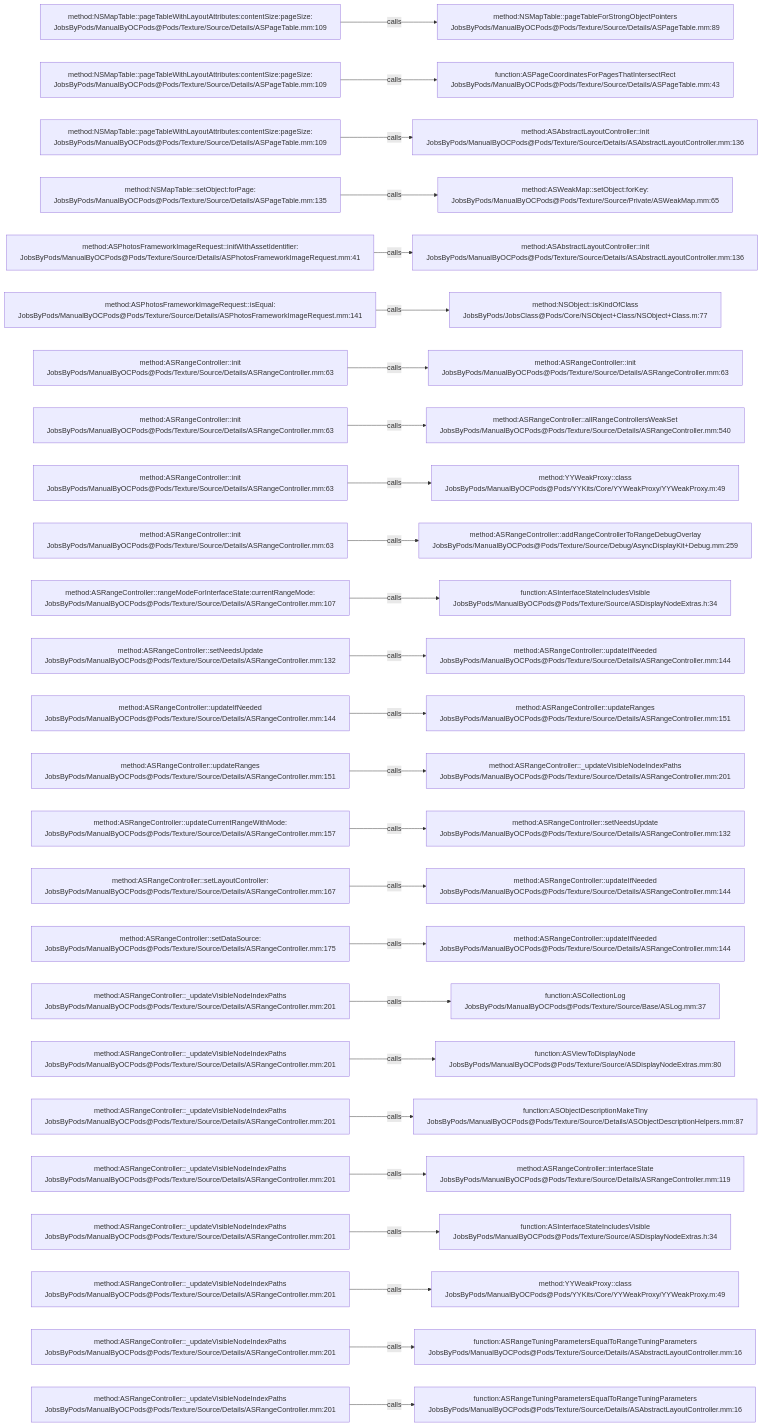
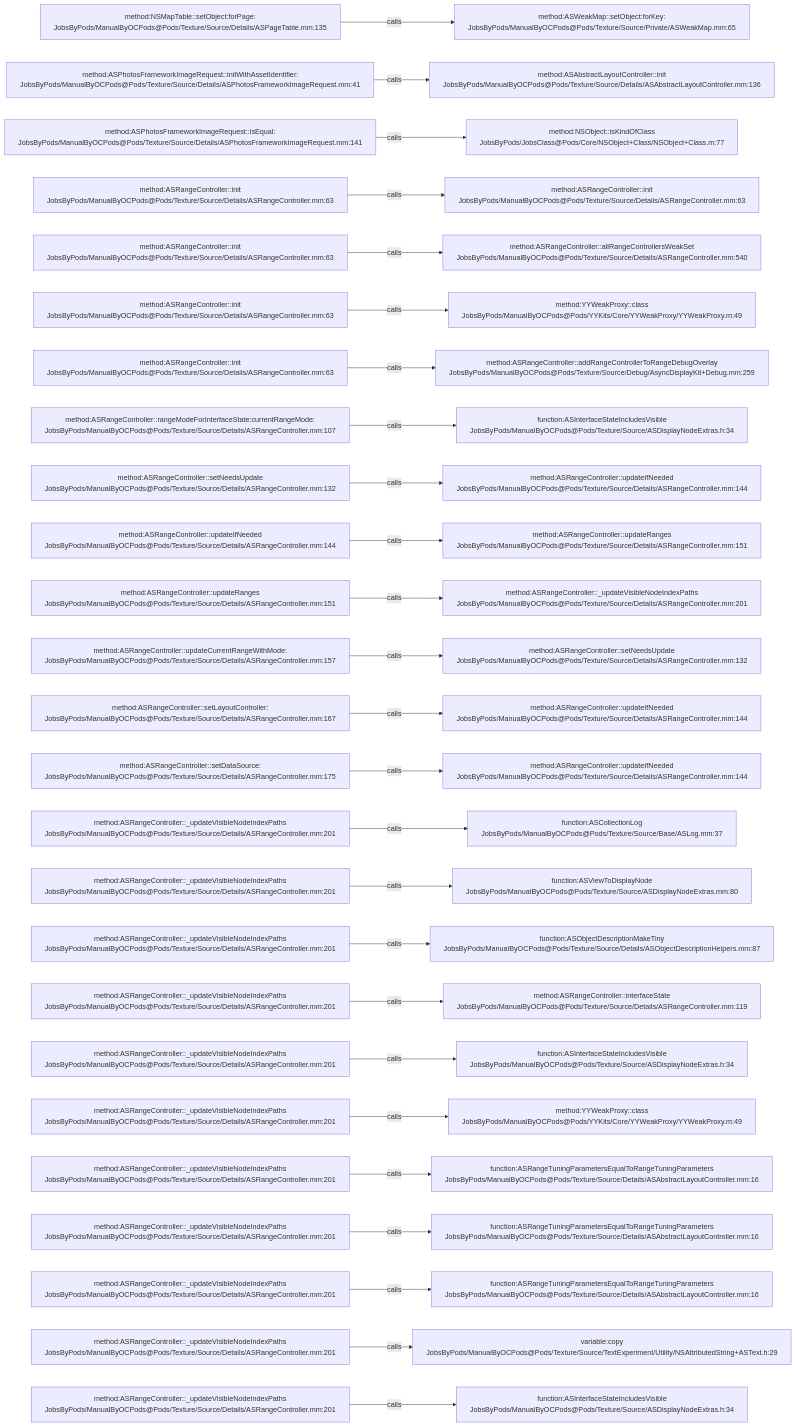
One commit to JobsKits/JobsOCBaseConfigDemo changed the diagram in .codegraph/codegraph.md/graphs/calls-165.md. Above: the diagram before and after it, drawn with Mermaid. The commit also changed 342 other files, not shown here.

````diff
--- a/.codegraph/codegraph.md/graphs/calls-165.md
+++ b/.codegraph/codegraph.md/graphs/calls-165.md
@@ -13,78 +13,78 @@
 ```mermaid
 flowchart LR
-  S1["method:NSMapTable::pageTableWithLayoutAttributes:contentSize:pageSize:<br/>JobsByPods/ManualByOCPods@Pods/Texture/Source/Details/ASPageTable.mm:109"]
-  T1["method:NSMapTable::pageTableForStrongObjectPointers<br/>JobsByPods/ManualByOCPods@Pods/Texture/Source/Details/ASPageTable.mm:89"]
+  S1["method:NSMapTable::setObject:forPage:<br/>JobsByPods/ManualByOCPods@Pods/Texture/Source/Details/ASPageTable.mm:135"]
+  T1["method:ASWeakMap::setObject:forKey:<br/>JobsByPods/ManualByOCPods@Pods/Texture/Source/Private/ASWeakMap.mm:65"]
   S1 -->|calls| T1
-  S2["method:NSMapTable::pageTableWithLayoutAttributes:contentSize:pageSize:<br/>JobsByPods/ManualByOCPods@Pods/Texture/Source/Details/ASPageTable.mm:109"]
-  T2["function:ASPageCoordinatesForPagesThatIntersectRect<br/>JobsByPods/ManualByOCPods@Pods/Texture/Source/Details/ASPageTable.mm:43"]
+  S2["method:ASPhotosFrameworkImageRequest::initWithAssetIdentifier:<br/>JobsByPods/ManualByOCPods@Pods/Texture/Source/Details/ASPhotosFrameworkImageRequest.mm:41"]
+  T2["method:ASAbstractLayoutController::init<br/>JobsByPods/ManualByOCPods@Pods/Texture/Source/Details/ASAbstractLayoutController.mm:136"]
   S2 -->|calls| T2
-  S3["method:NSMapTable::pageTableWithLayoutAttributes:contentSize:pageSize:<br/>JobsByPods/ManualByOCPods@Pods/Texture/Source/Details/ASPageTable.mm:109"]
-  T3["method:ASAbstractLayoutController::init<br/>JobsByPods/ManualByOCPods@Pods/Texture/Source/Details/ASAbstractLayoutController.mm:136"]
+  S3["method:ASPhotosFrameworkImageRequest::isEqual:<br/>JobsByPods/ManualByOCPods@Pods/Texture/Source/Details/ASPhotosFrameworkImageRequest.mm:141"]
+  T3["method:NSObject::isKindOfClass<br/>JobsByPods/JobsClass@Pods/Core/NSObject+Class/NSObject+Class.m:77"]
   S3 -->|calls| T3
-  S4["method:NSMapTable::setObject:forPage:<br/>JobsByPods/ManualByOCPods@Pods/Texture/Source/Details/ASPageTable.mm:135"]
-  T4["method:ASWeakMap::setObject:forKey:<br/>JobsByPods/ManualByOCPods@Pods/Texture/Source/Private/ASWeakMap.mm:65"]
+  S4["method:ASRangeController::init<br/>JobsByPods/ManualByOCPods@Pods/Texture/Source/Details/ASRangeController.mm:63"]
+  T4["method:ASRangeController::init<br/>JobsByPods/ManualByOCPods@Pods/Texture/Source/Details/ASRangeController.mm:63"]
   S4 -->|calls| T4
-  S5["method:ASPhotosFrameworkImageRequest::initWithAssetIdentifier:<br/>JobsByPods/ManualByOCPods@Pods/Texture/Source/Details/ASPhotosFrameworkImageRequest.mm:41"]
-  T5["method:ASAbstractLayoutController::init<br/>JobsByPods/ManualByOCPods@Pods/Texture/Source/Details/ASAbstractLayoutController.mm:136"]
+  S5["method:ASRangeController::init<br/>JobsByPods/ManualByOCPods@Pods/Texture/Source/Details/ASRangeController.mm:63"]
+  T5["method:ASRangeController::allRangeControllersWeakSet<br/>JobsByPods/ManualByOCPods@Pods/Texture/Source/Details/ASRangeController.mm:540"]
   S5 -->|calls| T5
-  S6["method:ASPhotosFrameworkImageRequest::isEqual:<br/>JobsByPods/ManualByOCPods@Pods/Texture/Source/Details/ASPhotosFrameworkImageRequest.mm:141"]
-  T6["method:NSObject::isKindOfClass<br/>JobsByPods/JobsClass@Pods/Core/NSObject+Class/NSObject+Class.m:77"]
+  S6["method:ASRangeController::init<br/>JobsByPods/ManualByOCPods@Pods/Texture/Source/Details/ASRangeController.mm:63"]
+  T6["method:YYWeakProxy::class<br/>JobsByPods/ManualByOCPods@Pods/YYKits/Core/YYWeakProxy/YYWeakProxy.m:49"]
   S6 -->|calls| T6
   S7["method:ASRangeController::init<br/>JobsByPods/ManualByOCPods@Pods/Texture/Source/Details/ASRangeController.mm:63"]
-  T7["method:ASRangeController::init<br/>JobsByPods/ManualByOCPods@Pods/Texture/Source/Details/ASRangeController.mm:63"]
+  T7["method:ASRangeController::addRangeControllerToRangeDebugOverlay<br/>JobsByPods/ManualByOCPods@Pods/Texture/Source/Debug/AsyncDisplayKit+Debug.mm:259"]
   S7 -->|calls| T7
-  S8["method:ASRangeController::init<br/>JobsByPods/ManualByOCPods@Pods/Texture/Source/Details/ASRangeController.mm:63"]
-  T8["method:ASRangeController::allRangeControllersWeakSet<br/>JobsByPods/ManualByOCPods@Pods/Texture/Source/Details/ASRangeController.mm:540"]
+  S8["method:ASRangeController::rangeModeForInterfaceState:currentRangeMode:<br/>JobsByPods/ManualByOCPods@Pods/Texture/Source/Details/ASRangeController.mm:107"]
+  T8["function:ASInterfaceStateIncludesVisible<br/>JobsByPods/ManualByOCPods@Pods/Texture/Source/ASDisplayNodeExtras.h:34"]
   S8 -->|calls| T8
-  S9["method:ASRangeController::init<br/>JobsByPods/ManualByOCPods@Pods/Texture/Source/Details/ASRangeController.mm:63"]
-  T9["method:YYWeakProxy::class<br/>JobsByPods/ManualByOCPods@Pods/YYKits/Core/YYWeakProxy/YYWeakProxy.m:49"]
+  S9["method:ASRangeController::setNeedsUpdate<br/>JobsByPods/ManualByOCPods@Pods/Texture/Source/Details/ASRangeController.mm:132"]
+  T9["method:ASRangeController::updateIfNeeded<br/>JobsByPods/ManualByOCPods@Pods/Texture/Source/Details/ASRangeController.mm:144"]
   S9 -->|calls| T9
-  S10["method:ASRangeController::init<br/>JobsByPods/ManualByOCPods@Pods/Texture/Source/Details/ASRangeController.mm:63"]
-  T10["method:ASRangeController::addRangeControllerToRangeDebugOverlay<br/>JobsByPods/ManualByOCPods@Pods/Texture/Source/Debug/AsyncDisplayKit+Debug.mm:259"]
+  S10["method:ASRangeController::updateIfNeeded<br/>JobsByPods/ManualByOCPods@Pods/Texture/Source/Details/ASRangeController.mm:144"]
+  T10["method:ASRangeController::updateRanges<br/>JobsByPods/ManualByOCPods@Pods/Texture/Source/Details/ASRangeController.mm:151"]
   S10 -->|calls| T10
-  S11["method:ASRangeController::rangeModeForInterfaceState:currentRangeMode:<br/>JobsByPods/ManualByOCPods@Pods/Texture/Source/Details/ASRangeController.mm:107"]
-  T11["function:ASInterfaceStateIncludesVisible<br/>JobsByPods/ManualByOCPods@Pods/Texture/Source/ASDisplayNodeExtras.h:34"]
+  S11["method:ASRangeController::updateRanges<br/>JobsByPods/ManualByOCPods@Pods/Texture/Source/Details/ASRangeController.mm:151"]
+  T11["method:ASRangeController::_updateVisibleNodeIndexPaths<br/>JobsByPods/ManualByOCPods@Pods/Texture/Source/Details/ASRangeController.mm:201"]
   S11 -->|calls| T11
-  S12["method:ASRangeController::setNeedsUpdate<br/>JobsByPods/ManualByOCPods@Pods/Texture/Source/Details/ASRangeController.mm:132"]
-  T12["method:ASRangeController::updateIfNeeded<br/>JobsByPods/ManualByOCPods@Pods/Texture/Source/Details/ASRangeController.mm:144"]
+  S12["method:ASRangeController::updateCurrentRangeWithMode:<br/>JobsByPods/ManualByOCPods@Pods/Texture/Source/Details/ASRangeController.mm:157"]
+  T12["method:ASRangeController::setNeedsUpdate<br/>JobsByPods/ManualByOCPods@Pods/Texture/Source/Details/ASRangeController.mm:132"]
   S12 -->|calls| T12
-  S13["method:ASRangeController::updateIfNeeded<br/>JobsByPods/ManualByOCPods@Pods/Texture/Source/Details/ASRangeController.mm:144"]
-  T13["method:ASRangeController::updateRanges<br/>JobsByPods/ManualByOCPods@Pods/Texture/Source/Details/ASRangeController.mm:151"]
+  S13["method:ASRangeController::setLayoutController:<br/>JobsByPods/ManualByOCPods@Pods/Texture/Source/Details/ASRangeController.mm:167"]
+  T13["method:ASRangeController::updateIfNeeded<br/>JobsByPods/ManualByOCPods@Pods/Texture/Source/Details/ASRangeController.mm:144"]
   S13 -->|calls| T13
-  S14["method:ASRangeController::updateRanges<br/>JobsByPods/ManualByOCPods@Pods/Texture/Source/Details/ASRangeController.mm:151"]
-  T14["method:ASRangeController::_updateVisibleNodeIndexPaths<br/>JobsByPods/ManualByOCPods@Pods/Texture/Source/Details/ASRangeController.mm:201"]
+  S14["method:ASRangeController::setDataSource:<br/>JobsByPods/ManualByOCPods@Pods/Texture/Source/Details/ASRangeController.mm:175"]
+  T14["method:ASRangeController::updateIfNeeded<br/>JobsByPods/ManualByOCPods@Pods/Texture/Source/Details/ASRangeController.mm:144"]
   S14 -->|calls| T14
-  S15["method:ASRangeController::updateCurrentRangeWithMode:<br/>JobsByPods/ManualByOCPods@Pods/Texture/Source/Details/ASRangeController.mm:157"]
-  T15["method:ASRangeController::setNeedsUpdate<br/>JobsByPods/ManualByOCPods@Pods/Texture/Source/Details/ASRangeController.mm:132"]
+  S15["method:ASRangeController::_updateVisibleNodeIndexPaths<br/>JobsByPods/ManualByOCPods@Pods/Texture/Source/Details/ASRangeController.mm:201"]
+  T15["function:ASCollectionLog<br/>JobsByPods/ManualByOCPods@Pods/Texture/Source/Base/ASLog.mm:37"]
   S15 -->|calls| T15
-  S16["method:ASRangeController::setLayoutController:<br/>JobsByPods/ManualByOCPods@Pods/Texture/Source/Details/ASRangeController.mm:167"]
-  T16["method:ASRangeController::updateIfNeeded<br/>JobsByPods/ManualByOCPods@Pods/Texture/Source/Details/ASRangeController.mm:144"]
+  S16["method:ASRangeController::_updateVisibleNodeIndexPaths<br/>JobsByPods/ManualByOCPods@Pods/Texture/Source/Details/ASRangeController.mm:201"]
+  T16["function:ASViewToDisplayNode<br/>JobsByPods/ManualByOCPods@Pods/Texture/Source/ASDisplayNodeExtras.mm:80"]
   S16 -->|calls| T16
-  S17["method:ASRangeController::setDataSource:<br/>JobsByPods/ManualByOCPods@Pods/Texture/Source/Details/ASRangeController.mm:175"]
-  T17["method:ASRangeController::updateIfNeeded<br/>JobsByPods/ManualByOCPods@Pods/Texture/Source/Details/ASRangeController.mm:144"]
+  S17["method:ASRangeController::_updateVisibleNodeIndexPaths<br/>JobsByPods/ManualByOCPods@Pods/Texture/Source/Details/ASRangeController.mm:201"]
+  T17["function:ASObjectDescriptionMakeTiny<br/>JobsByPods/ManualByOCPods@Pods/Texture/Source/Details/ASObjectDescriptionHelpers.mm:87"]
   S17 -->|calls| T17
   S18["method:ASRangeController::_updateVisibleNodeIndexPaths<br/>JobsByPods/ManualByOCPods@Pods/Texture/Source/Details/ASRangeController.mm:201"]
-  T18["function:ASCollectionLog<br/>JobsByPods/ManualByOCPods@Pods/Texture/Source/Base/ASLog.mm:37"]
+  T18["method:ASRangeController::interfaceState<br/>JobsByPods/ManualByOCPods@Pods/Texture/Source/Details/ASRangeController.mm:119"]
   S18 -->|calls| T18
   S19["method:ASRangeController::_updateVisibleNodeIndexPaths<br/>JobsByPods/ManualByOCPods@Pods/Texture/Source/Details/ASRangeController.mm:201"]
-  T19["function:ASViewToDisplayNode<br/>JobsByPods/ManualByOCPods@Pods/Texture/Source/ASDisplayNodeExtras.mm:80"]
+  T19["function:ASInterfaceStateIncludesVisible<br/>JobsByPods/ManualByOCPods@Pods/Texture/Source/ASDisplayNodeExtras.h:34"]
   S19 -->|calls| T19
   S20["method:ASRangeController::_updateVisibleNodeIndexPaths<br/>JobsByPods/ManualByOCPods@Pods/Texture/Source/Details/ASRangeController.mm:201"]
-  T20["function:ASObjectDescriptionMakeTiny<br/>JobsByPods/ManualByOCPods@Pods/Texture/Source/Details/ASObjectDescriptionHelpers.mm:87"]
+  T20["method:YYWeakProxy::class<br/>JobsByPods/ManualByOCPods@Pods/YYKits/Core/YYWeakProxy/YYWeakProxy.m:49"]
   S20 -->|calls| T20
   S21["method:ASRangeController::_updateVisibleNodeIndexPaths<br/>JobsByPods/ManualByOCPods@Pods/Texture/Source/Details/ASRangeController.mm:201"]
-  T21["method:ASRangeController::interfaceState<br/>JobsByPods/ManualByOCPods@Pods/Texture/Source/Details/ASRangeController.mm:119"]
+  T21["function:ASRangeTuningParametersEqualToRangeTuningParameters<br/>JobsByPods/ManualByOCPods@Pods/Texture/Source/Details/ASAbstractLayoutController.mm:16"]
   S21 -->|calls| T21
   S22["method:ASRangeController::_updateVisibleNodeIndexPaths<br/>JobsByPods/ManualByOCPods@Pods/Texture/Source/Details/ASRangeController.mm:201"]
-  T22["function:ASInterfaceStateIncludesVisible<br/>JobsByPods/ManualByOCPods@Pods/Texture/Source/ASDisplayNodeExtras.h:34"]
+  T22["function:ASRangeTuningParametersEqualToRangeTuningParameters<br/>JobsByPods/ManualByOCPods@Pods/Texture/Source/Details/ASAbstractLayoutController.mm:16"]
   S22 -->|calls| T22
   S23["method:ASRangeController::_updateVisibleNodeIndexPaths<br/>JobsByPods/ManualByOCPods@Pods/Texture/Source/Details/ASRangeController.mm:201"]
-  T23["method:YYWeakProxy::class<br/>JobsByPods/ManualByOCPods@Pods/YYKits/Core/YYWeakProxy/YYWeakProxy.m:49"]
+  T23["function:ASRangeTuningParametersEqualToRangeTuningParameters<br/>JobsByPods/ManualByOCPods@Pods/Texture/Source/Details/ASAbstractLayoutController.mm:16"]
   S23 -->|calls| T23
   S24["method:ASRangeController::_updateVisibleNodeIndexPaths<br/>JobsByPods/ManualByOCPods@Pods/Texture/Source/Details/ASRangeController.mm:201"]
-  T24["function:ASRangeTuningParametersEqualToRangeTuningParameters<br/>JobsByPods/ManualByOCPods@Pods/Texture/Source/Details/ASAbstractLayoutController.mm:16"]
+  T24["variable:copy<br/>JobsByPods/ManualByOCPods@Pods/Texture/Source/TextExperiment/Utility/NSAttributedString+ASText.h:29"]
   S24 -->|calls| T24
   S25["method:ASRangeController::_updateVisibleNodeIndexPaths<br/>JobsByPods/ManualByOCPods@Pods/Texture/Source/Details/ASRangeController.mm:201"]
-  T25["function:ASRangeTuningParametersEqualToRangeTuningParameters<br/>JobsByPods/ManualByOCPods@Pods/Texture/Source/Details/ASAbstractLayoutController.mm:16"]
+  T25["function:ASInterfaceStateIncludesVisible<br/>JobsByPods/ManualByOCPods@Pods/Texture/Source/ASDisplayNodeExtras.h:34"]
   S25 -->|calls| T25
 ```
````
